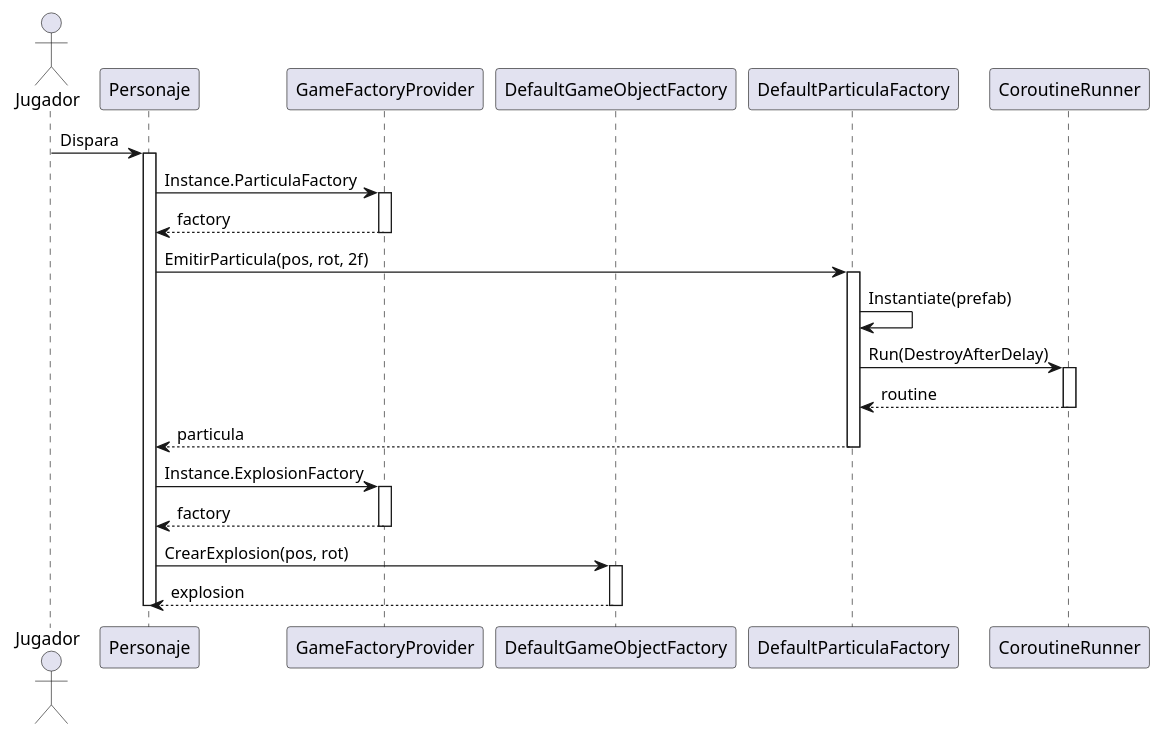
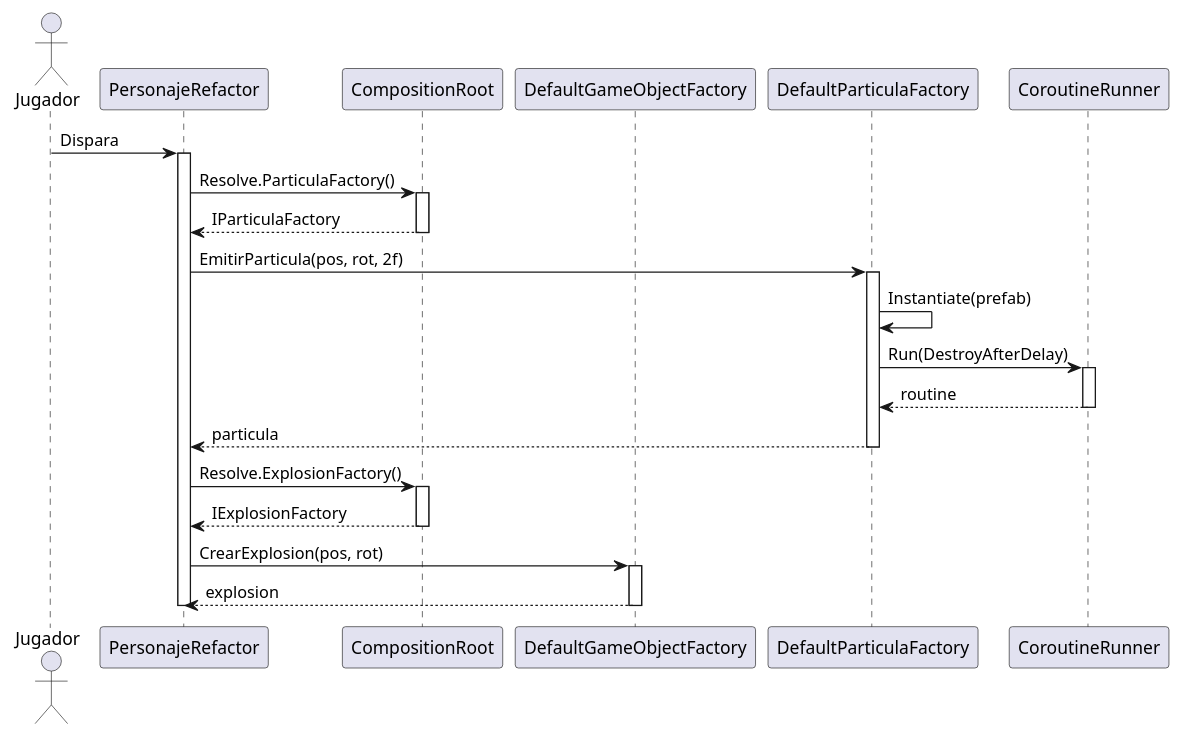
One commit to JosueOrozco01/Zombies changed the diagram in Assets/Codigo/Diagramas/SequenceDiagram_Effects.puml. Above: the diagram before and after it, drawn with PlantUML. The commit also changed 67 other files, not shown here.

```diff
--- a/Assets/Codigo/Diagramas/SequenceDiagram_Effects.puml
+++ b/Assets/Codigo/Diagramas/SequenceDiagram_Effects.puml
@@ -1,42 +1,42 @@
 @startuml
-' Diagrama de Secuencia: Creación y Gestión de Efectos
+' Diagrama de Secuencia: Creación y Gestión de Efectos (refactor)
 actor Jugador
-participant "Personaje" as P
-participant "GameFactoryProvider" as GFP
+participant "PersonajeRefactor" as P
+participant "CompositionRoot" as CRoot
 participant "DefaultGameObjectFactory" as Factory
 participant "DefaultParticulaFactory" as PF
 participant "CoroutineRunner" as CR
 
 Jugador -> P: Dispara
 activate P
 
-P -> GFP: Instance.ParticulaFactory
-activate GFP
-GFP --> P: factory
-deactivate GFP
+P -> CRoot: Resolve.ParticulaFactory()
+activate CRoot
+CRoot --> P: IParticulaFactory
+deactivate CRoot
 
 P -> PF: EmitirParticula(pos, rot, 2f)
 activate PF
 
 PF -> PF: Instantiate(prefab)
 PF -> CR: Run(DestroyAfterDelay)
 activate CR
 CR --> PF: routine
 deactivate CR
 
 PF --> P: particula
 deactivate PF
 
-P -> GFP: Instance.ExplosionFactory
-activate GFP
-GFP --> P: factory
-deactivate GFP
+P -> CRoot: Resolve.ExplosionFactory()
+activate CRoot
+CRoot --> P: IExplosionFactory
+deactivate CRoot
 
 P -> Factory: CrearExplosion(pos, rot)
 activate Factory
 Factory --> P: explosion
 deactivate Factory
 
 deactivate P
 
 @enduml
```
